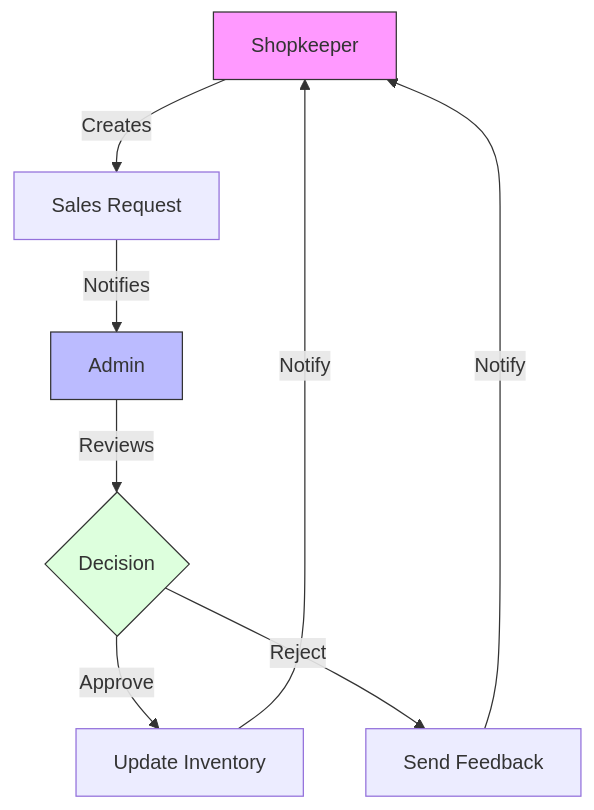
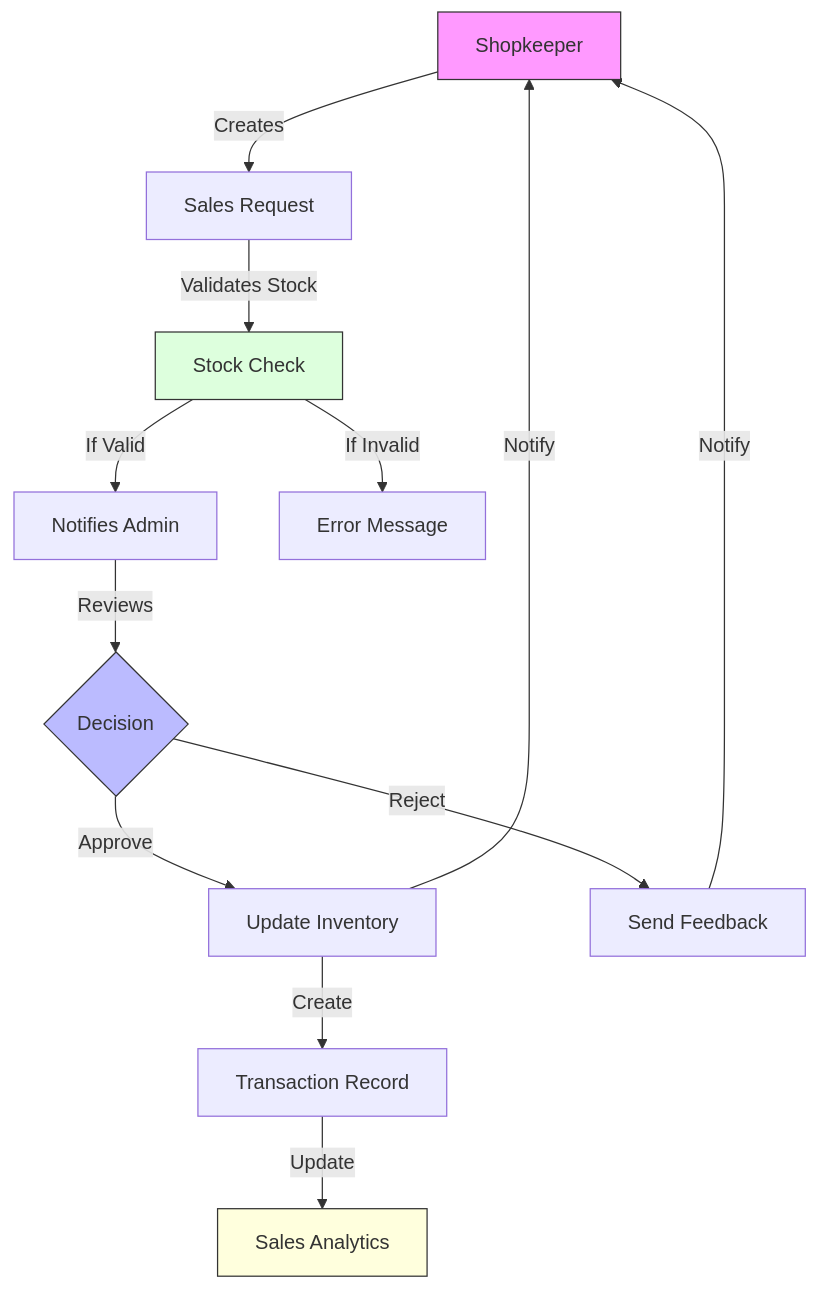
One commit to dipandhali2021/jims changed the second of 3 diagrams in README.md. Above: the diagram before and after it, drawn with Mermaid. The commit also changed other lines of this file and 3 other files, not shown here.

````diff
--- a/README.md
+++ b/README.md
@@ -40,13 +73,18 @@
 ```mermaid
 flowchart TD
     A[Shopkeeper] -->|Creates| B[Sales Request]
-    B -->|Notifies| C[Admin]
-    C -->|Reviews| D{Decision}
-    D -->|Approve| E[Update Inventory]
-    E -->|Notify| A
-    D -->|Reject| F[Send Feedback]
-    F -->|Notify| A
+    B -->|Validates Stock| C[Stock Check]
+    C -->|If Valid| D[Notifies Admin]
+    C -->|If Invalid| E[Error Message]
+    D -->|Reviews| F{Decision}
+    F -->|Approve| G[Update Inventory]
+    G -->|Create| H[Transaction Record]
+    H -->|Update| I[Sales Analytics]
+    G -->|Notify| A
+    F -->|Reject| J[Send Feedback]
+    J -->|Notify| A
     style A fill:#f9f,stroke:#333
-    style C fill:#bbf,stroke:#333
-    style D fill:#dfd,stroke:#333
+    style F fill:#bbf,stroke:#333
+    style C fill:#dfd,stroke:#333
+    style I fill:#ffd,stroke:#333
 ```
````
